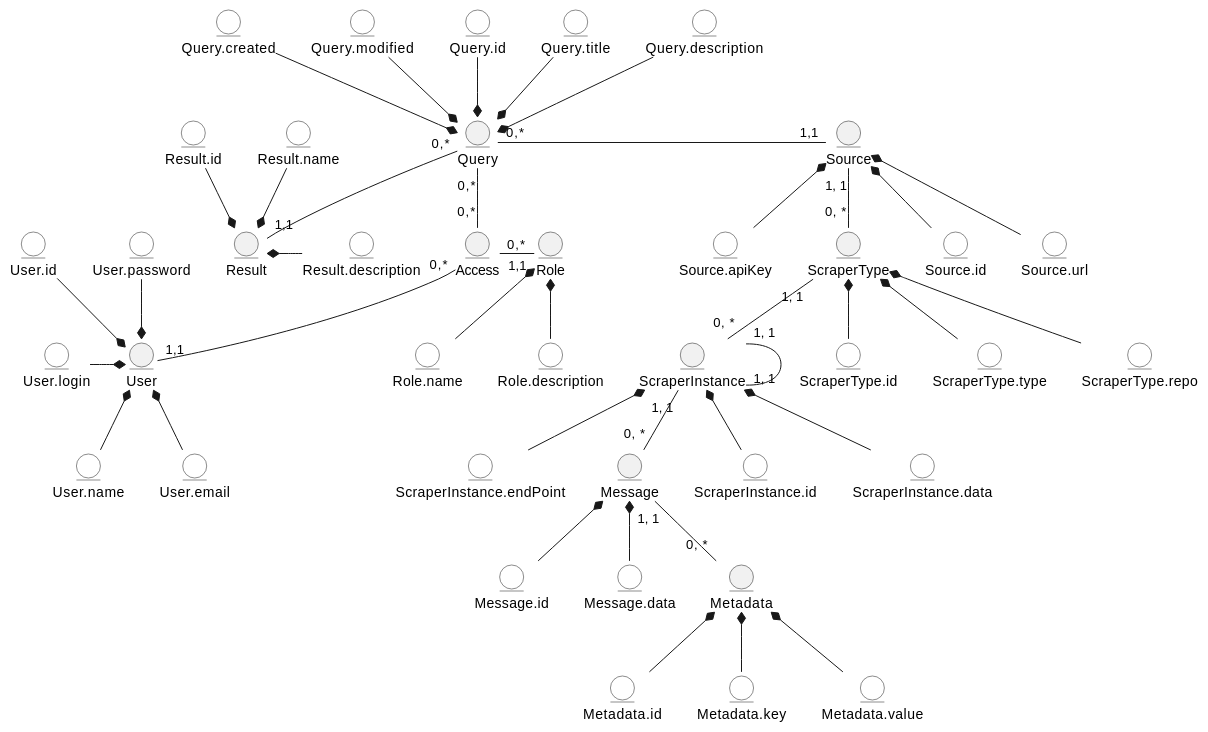
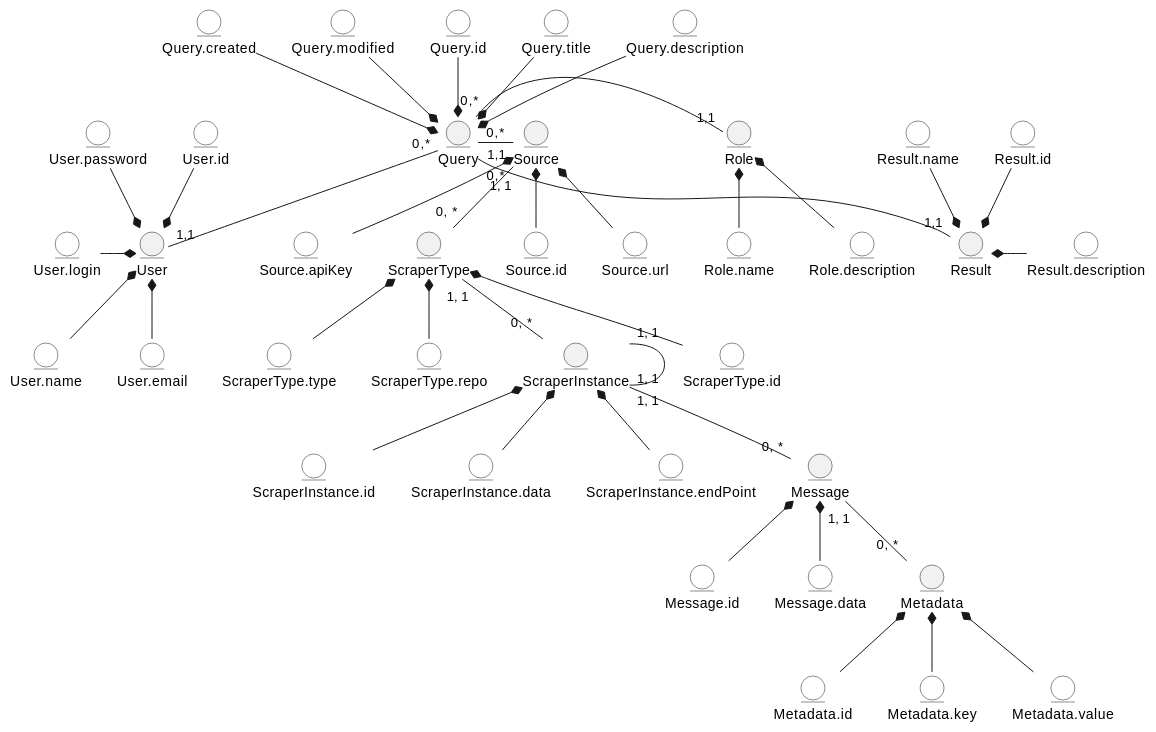
One commit to boldak/edu-db-cw changed the first of 2 diagrams in docs/design/README.md. Above: the diagram before and after it, drawn with PlantUML. The commit also changed other lines of this file and 3 other files, not shown here.

```diff
--- a/docs/design/README.md
+++ b/docs/design/README.md
@@ -28,8 +28,6 @@
 entity User.email #ffffff
 entity User.login #ffffff
 entity User.password #ffffff
-
-entity Access
 
 entity Role
 entity Role.name #ffffff
@@ -93,11 +91,10 @@
 User.id --* User
 
 
-Query "0,*" -d- "0,*" Access
 Query "0,*" -r- "1,1" Source
 Query "0,*" -- "1,1" Result
-User "1,1" -u- "0,*" Access
-Role "1,1" -l- "0,*" Access
+User "1,1" -u- "0,*" Query
+Role "1,1" -l- "0,*" Query
 Source "1, 1" -- "0, *" ScraperType
 ScraperType "1, 1" -- "0, *" ScraperInstance
 ScraperInstance "1, 1" -- "0, *" Message
```
